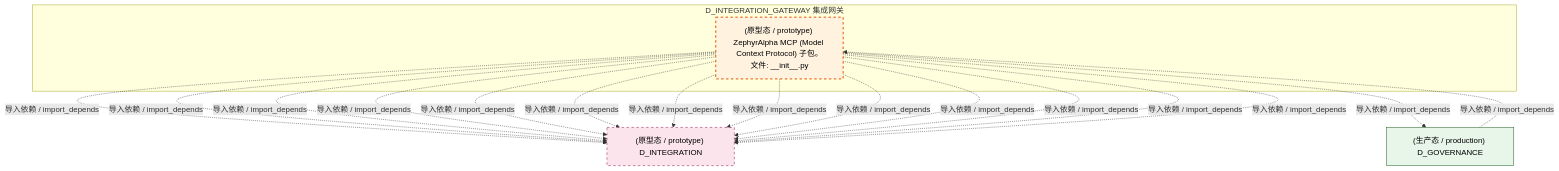
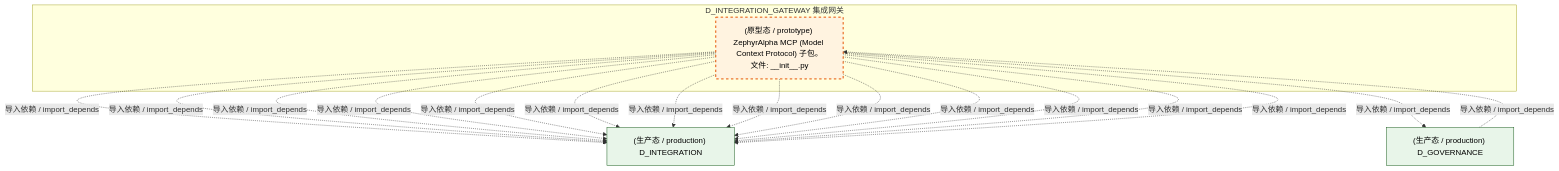
The third of 4 diagrams in docs/02_enterprise_architecture/02_domain_architecture_docs/19_d_integration_gateway.md (xuanFelixVan/ZephyrAlpha), drawn with Mermaid before and after one commit. The commit also changed other lines of this file and 100 other files, not shown here.

````diff
--- a/docs/02_enterprise_architecture/02_domain_architecture_docs/19_d_integration_gateway.md
+++ b/docs/02_enterprise_architecture/02_domain_architecture_docs/19_d_integration_gateway.md
@@ -125,30 +124,29 @@
 ```mermaid
 graph TD
     subgraph D_INTEGRATION_GATEWAY["D_INTEGRATION_GATEWAY 集成网关"]
         src_zephyr_integration_mcp_init_py["(原型态 / prototype) ZephyrAlpha MCP (Model Context Protocol) 子包。<br/>文件: __init__.py"]
     end
-    D_INTEGRATION["(原型态 / prototype) D_INTEGRATION"]
-    src_zephyr_integration_mcp_init_py -.->|导入依赖 / import_depends| D_INTEGRATION
-    src_zephyr_integration_mcp_init_py -.->|导入依赖 / import_depends| D_INTEGRATION
-    src_zephyr_integration_mcp_init_py -.->|导入依赖 / import_depends| D_INTEGRATION
+    D_INTEGRATION["(生产态 / production) D_INTEGRATION"]
     src_zephyr_integration_mcp_init_py -.->|导入依赖 / import_depends| D_INTEGRATION
     src_zephyr_integration_mcp_init_py -.->|导入依赖 / import_depends| D_INTEGRATION
     D_GOVERNANCE["(生产态 / production) D_GOVERNANCE"]
     src_zephyr_integration_mcp_init_py -.->|导入依赖 / import_depends| D_GOVERNANCE
+    src_zephyr_integration_mcp_init_py -.->|导入依赖 / import_depends| D_INTEGRATION
+    src_zephyr_integration_mcp_init_py -.->|导入依赖 / import_depends| D_INTEGRATION
+    src_zephyr_integration_mcp_init_py -.->|导入依赖 / import_depends| D_INTEGRATION
     src_zephyr_integration_mcp_init_py -.->|导入依赖 / import_depends| D_INTEGRATION
     src_zephyr_integration_mcp_init_py -.->|导入依赖 / import_depends| D_INTEGRATION
     src_zephyr_integration_mcp_init_py -.->|导入依赖 / import_depends| D_INTEGRATION
     src_zephyr_integration_mcp_init_py -.->|导入依赖 / import_depends| D_INTEGRATION
     src_zephyr_integration_mcp_init_py -.->|导入依赖 / import_depends| D_INTEGRATION
     src_zephyr_integration_mcp_init_py -.->|导入依赖 / import_depends| D_INTEGRATION
     src_zephyr_integration_mcp_init_py -.->|导入依赖 / import_depends| D_INTEGRATION
     src_zephyr_integration_mcp_init_py -.->|导入依赖 / import_depends| D_INTEGRATION
     D_GOVERNANCE -.->|导入依赖 / import_depends| src_zephyr_integration_mcp_init_py
     classDef production fill:#e1f5fe,stroke:#01579b,stroke-width:2px,color:#000
     classDef design fill:#fff3e0,stroke:#e65100,stroke-width:2px,color:#000,stroke-dasharray: 5 5
     classDef external_prod fill:#e8f5e9,stroke:#1b5e20,stroke-width:1px,color:#000
     classDef external_design fill:#fce4ec,stroke:#880e4f,stroke-width:1px,color:#000,stroke-dasharray: 5 5
     class src_zephyr_integration_mcp_init_py design
-    class D_GOVERNANCE external_prod
-    class D_INTEGRATION external_design
+    class D_INTEGRATION,D_GOVERNANCE external_prod
 ```
````
